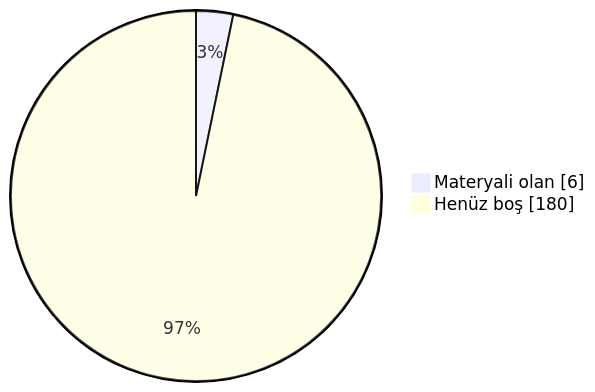
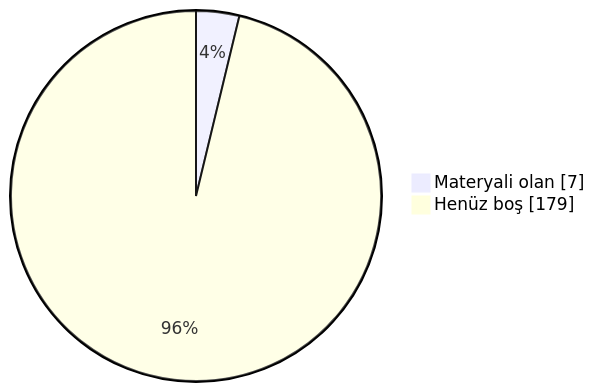
One commit to MarmaraArsiv/muh_bilgisayar changed the diagram in README.md. Above: the diagram before and after it, drawn with Mermaid. The commit also changed other lines of this file, not shown here.

````diff
--- a/README.md
+++ b/README.md
@@ -105,5 +105,5 @@
 ```mermaid
 pie showData
-  "Materyali olan" : 6
-  "Henüz boş" : 180
+  "Materyali olan" : 7
+  "Henüz boş" : 179
 ```
````
